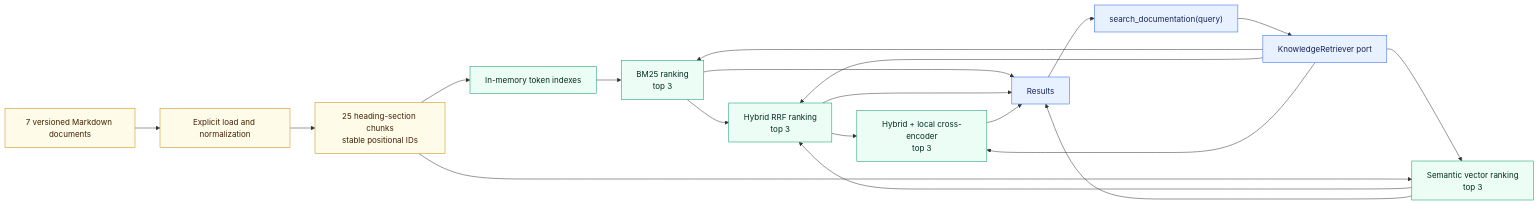
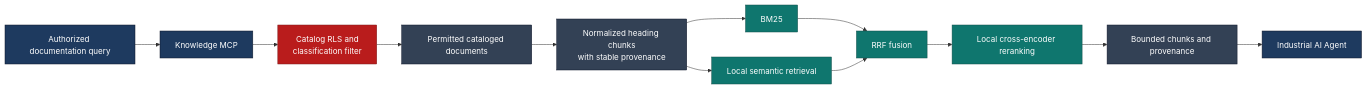
The seventh of 19 diagrams in docs/architecture/overview.md (aboerzel/industrial-ai-agent), drawn with Mermaid before and after one commit. The commit also changed other lines of this file and 7 other files, not shown here.

Commit message:
docs: polish release documentation and architecture

````diff
--- a/docs/architecture/overview.md
+++ b/docs/architecture/overview.md
@@ -343,28 +451,23 @@
 ```mermaid
 flowchart LR
-    Docs["7 versioned Markdown documents"] --> Load["Explicit load and normalization"]
-    Load --> Chunk["25 heading-section chunks<br/>stable positional IDs"]
-    Chunk --> Index["In-memory token indexes"]
-    Query["search_documentation(query)"] --> Port["KnowledgeRetriever port"]
-    Port --> BM25Search["BM25 ranking<br/>top 3"]
-    Port --> SemanticSearch["Semantic vector ranking<br/>top 3"]
-    Port --> HybridSearch["Hybrid RRF ranking<br/>top 3"]
-    Port --> RerankedSearch["Hybrid + local cross-encoder<br/>top 3"]
-    Index --> BM25Search
-    Chunk --> SemanticSearch
-    BM25Search --> HybridSearch
-    SemanticSearch --> HybridSearch
-    HybridSearch --> RerankedSearch
-    BM25Search --> Results
-    SemanticSearch --> Results
-    HybridSearch --> Results
-    RerankedSearch --> Results
-    Results --> Query
+    Query["Authorized documentation query"] --> MCP["Knowledge MCP"]
+    MCP --> RLS["Catalog RLS and<br/>classification filter"]
+    RLS --> Docs["Permitted cataloged documents"]
+    Docs --> Chunk["Normalized heading chunks<br/>with stable provenance"]
+    Chunk --> Lexical["BM25"]
+    Chunk --> Semantic["Local semantic retrieval"]
+    Lexical --> Fusion["RRF fusion"]
+    Semantic --> Fusion
+    Fusion --> Rerank["Local cross-encoder reranking"]
+    Rerank --> Results["Bounded chunks and provenance"]
+    Results --> Agent["Industrial AI Agent"]
 
-    classDef data fill:#fefce8,stroke:#ca8a04,color:#422006
-    classDef core fill:#e8f1ff,stroke:#2563eb,color:#172554
-    classDef adapter fill:#ecfdf5,stroke:#059669,color:#022c22
-    class Docs,Load,Chunk data
-    class Query,Port,Results core
-    class Index,BM25Search,SemanticSearch,HybridSearch,RerankedSearch adapter
+    classDef entry fill:#1e3a5f,stroke:#0f172a,color:#ffffff
+    classDef security fill:#b91c1c,stroke:#7f1d1d,color:#ffffff
+    classDef data fill:#334155,stroke:#0f172a,color:#ffffff
+    classDef processing fill:#0f766e,stroke:#134e4a,color:#ffffff
+    class Query,MCP,Agent entry
+    class RLS security
+    class Docs,Chunk,Results data
+    class Lexical,Semantic,Fusion,Rerank processing
 ```
````
